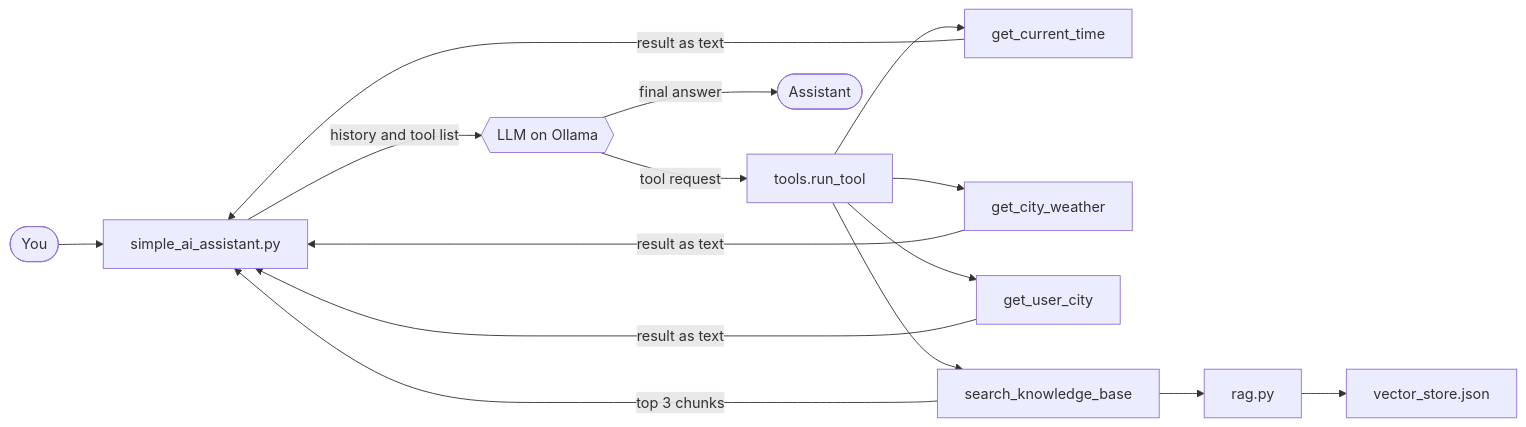
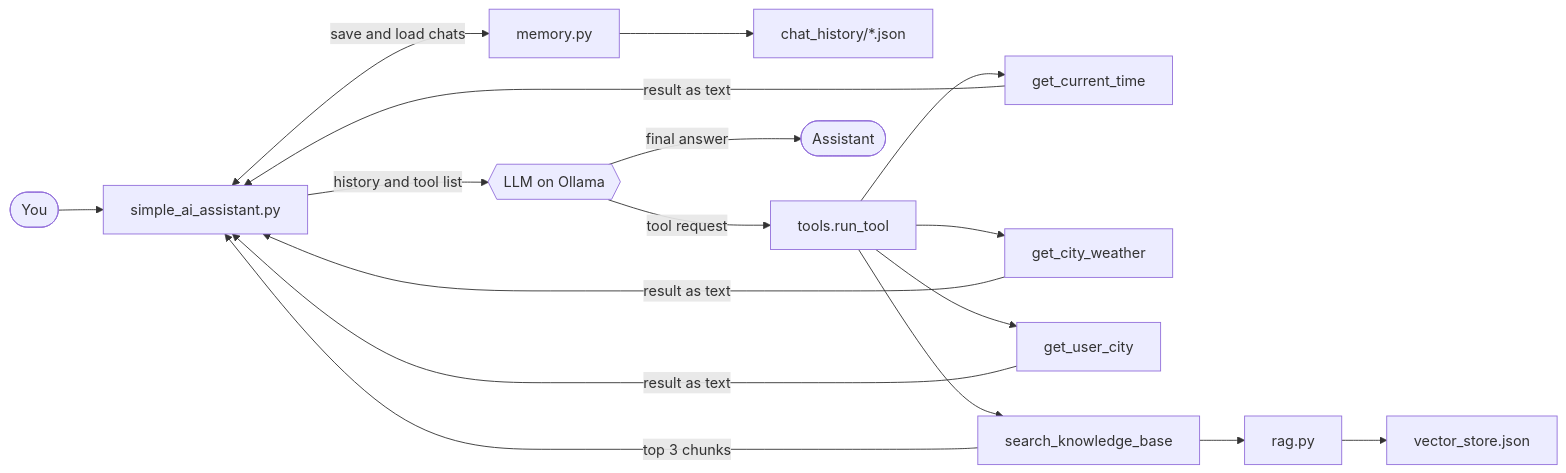
The diagram in README.md (MAZHARMIK/python-ai-agent-ollama), drawn with Mermaid before and after one commit. The commit also changed other lines of this file, not shown here.

Commit message:
Persistent Memory Added

````diff
--- a/README.md
+++ b/README.md
@@ -85,17 +92,19 @@
 ```mermaid
 flowchart LR
     U([You]) --> M[simple_ai_assistant.py]
+    M <-->|save and load chats| MEM[memory.py]
+    MEM --> CH[chat_history/*.json]
     M -->|history and tool list| L{{LLM on Ollama}}
     L -->|tool request| R[tools.run_tool]
     R --> T1[get_current_time]
     R --> T2[get_city_weather]
     R --> T3[get_user_city]
     R --> T4[search_knowledge_base]
     T4 --> K[rag.py]
     K --> V[vector_store.json]
     T1 -->|result as text| M
     T2 -->|result as text| M
     T3 -->|result as text| M
     T4 -->|top 3 chunks| M
     L -->|final answer| A([Assistant])
 ```
````
